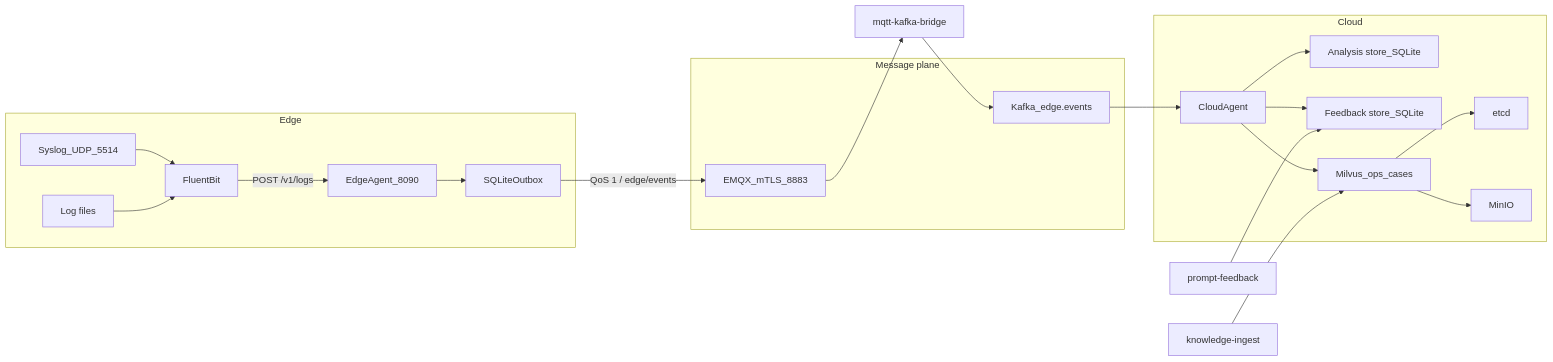
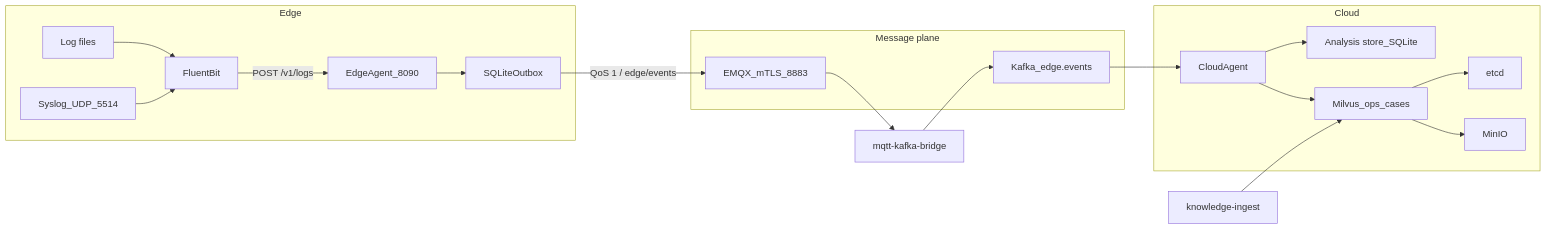
One commit to fanqingsong/edge-semantic-compress-intelligence changed the first of 3 diagrams in README.md. Above: the diagram before and after it, drawn with Mermaid. The commit also changed other lines of this file and 24 other files, not shown here.

Commit message:
Remove the feedback loop so the cloud agent only stores RAG analyses.

````diff
--- a/README.md
+++ b/README.md
@@ -15,35 +15,32 @@
 ```mermaid
 flowchart LR
 	subgraph EdgeDeploy[Edge]
 		LogFiles[Log files] --> FluentBit[FluentBit]
 		SyslogUdp[Syslog_UDP_5514] --> FluentBit
 		FluentBit -->|"POST /v1/logs"| EdgeAgent[EdgeAgent_8090]
 		EdgeAgent --> Outbox[SQLiteOutbox]
 	end
 
 	subgraph Broker[Message plane]
 		Emqx[EMQX_mTLS_8883]
 		Kafka[Kafka_edge.events]
 	end
 
 	subgraph CloudDeploy[Cloud]
 		CloudAgent[CloudAgent]
 		AnalysisDb[Analysis store_SQLite]
-		FeedbackDb[Feedback store_SQLite]
 		Milvus[Milvus_ops_cases]
 		Etcd[etcd]
 		Minio[MinIO]
 	end
 
 	KnowledgeCli[knowledge-ingest] --> Milvus
-	FeedbackCli[prompt-feedback] --> FeedbackDb
 	Outbox -->|"QoS 1 / edge/events"| Emqx
 	Emqx --> Bridge[mqtt-kafka-bridge]
 	Bridge --> Kafka
 	Kafka --> CloudAgent
 	CloudAgent --> AnalysisDb
-	CloudAgent --> FeedbackDb
 	CloudAgent --> Milvus
 	Milvus --> Etcd
 	Milvus --> Minio
 ```
````
